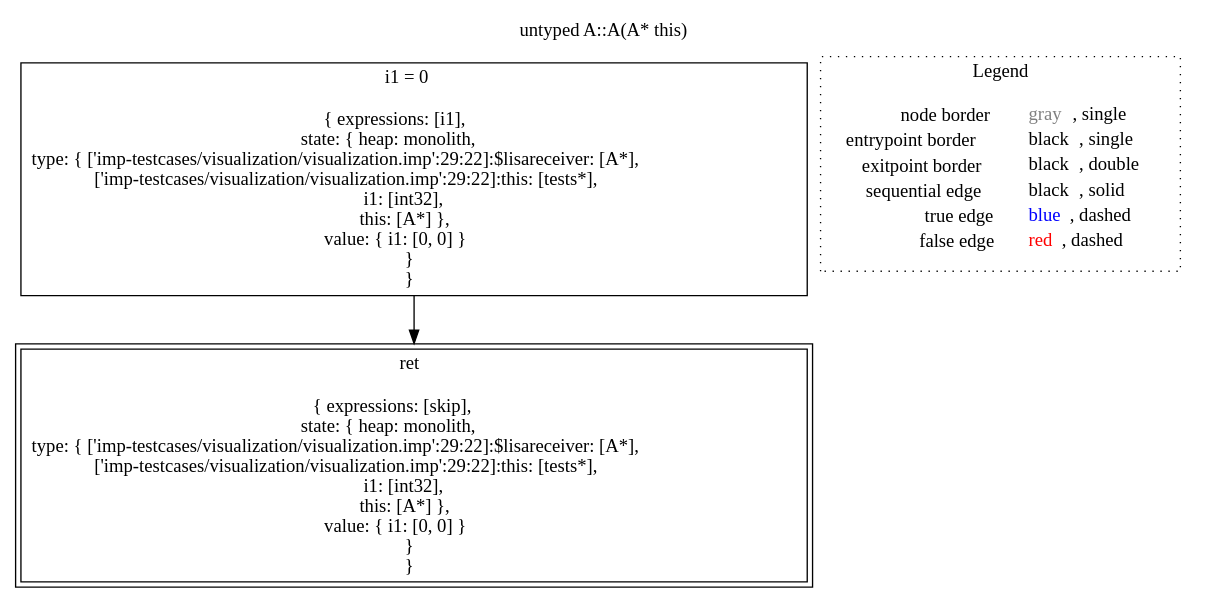
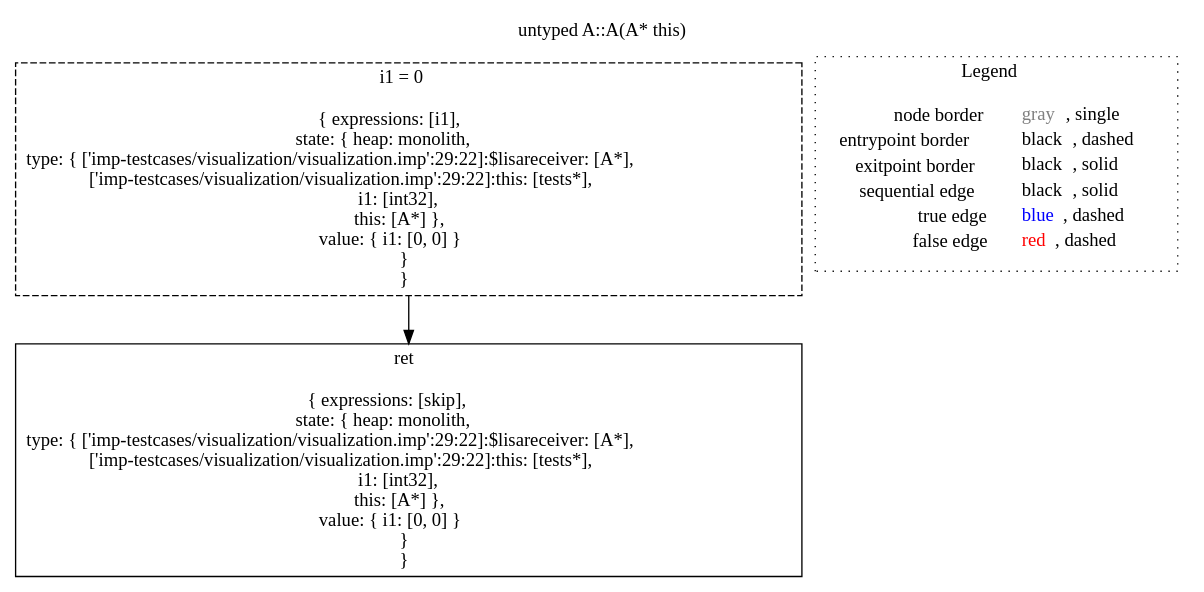
Before and after one commit to lisa-analyzer/lisa: the diagram in lisa/lisa-analyses/imp-testcases/visualization/dot/untyped_A.A(A__this)_-1778639473.dot, drawn with Graphviz. The commit also changed 60 other files, not shown here.

```diff
--- a/lisa/lisa-analyses/imp-testcases/visualization/dot/untyped_A.A(A__this)_-1778639473.dot
+++ b/lisa/lisa-analyses/imp-testcases/visualization/dot/untyped_A.A(A__this)_-1778639473.dot
@@ -1,14 +1,12 @@
-digraph {
-	labelloc="t";
-	label="untyped A::A(A* this)";
-	"node0" [shape="rect",color="black",label=<i1 = 0<BR/><BR/>{ expressions: [i1],<BR/>state: { heap: monolith,<BR/>type: { ['imp-testcases/visualization/visualization.imp':29:22]:$lisareceiver: [A*],<BR/>['imp-testcases/visualization/visualization.imp':29:22]:this: [tests*],<BR/>i1: [int32],<BR/>this: [A*] },<BR/>value: { i1: [0, 0] }<BR/> }<BR/> }<BR/>>];
-	"node3" [shape="rect",color="black",peripheries="2",label=<ret<BR/><BR/>{ expressions: [skip],<BR/>state: { heap: monolith,<BR/>type: { ['imp-testcases/visualization/visualization.imp':29:22]:$lisareceiver: [A*],<BR/>['imp-testcases/visualization/visualization.imp':29:22]:this: [tests*],<BR/>i1: [int32],<BR/>this: [A*] },<BR/>value: { i1: [0, 0] }<BR/> }<BR/> }<BR/>>];
-	"node0" -> "node3" [color="black"];
-subgraph cluster_legend {
-	label="Legend";
-	style=dotted;
-	node [shape=plaintext];
-	"legend" [label=<<table border="0" cellpadding="2" cellspacing="0" cellborder="0"><tr><td align="right">node border&nbsp;</td><td align="left"><font color="gray">gray</font>, single</td></tr><tr><td align="right">entrypoint border&nbsp;</td><td align="left"><font color="black">black</font>, single</td></tr><tr><td align="right">exitpoint border&nbsp;</td><td align="left"><font color="black">black</font>, double</td></tr><tr><td align="right">sequential edge&nbsp;</td><td align="left"><font color="black">black</font>, solid</td></tr><tr><td align="right">true edge&nbsp;</td><td align="left"><font color="blue">blue</font>, dashed</td></tr><tr><td align="right">false edge&nbsp;</td><td align="left"><font color="red">red</font>, dashed</td></tr></table>>];
+digraph "untyped A::A(A* this)" {
+edge ["dir"="forward"]
+graph ["label"="untyped A::A(A* this)","labelloc"="t"]
+"node0" ["label"=<i1 = 0<br/><br/>{ expressions: [i1],<br/>state: { heap: monolith,<br/>type: { ['imp-testcases/visualization/visualization.imp':29:22]:$lisareceiver: [A*],<br/>['imp-testcases/visualization/visualization.imp':29:22]:this: [tests*],<br/>i1: [int32],<br/>this: [A*] },<br/>value: { i1: [0, 0] }<br/> }<br/> }<br/>>,"shape"="rect","id"="node0","color"="black","style"="dashed"]
+"node3" ["label"=<ret<br/><br/>{ expressions: [skip],<br/>state: { heap: monolith,<br/>type: { ['imp-testcases/visualization/visualization.imp':29:22]:$lisareceiver: [A*],<br/>['imp-testcases/visualization/visualization.imp':29:22]:this: [tests*],<br/>i1: [int32],<br/>this: [A*] },<br/>value: { i1: [0, 0] }<br/> }<br/> }<br/>>,"shape"="rect","id"="node3","color"="black"]
+subgraph "cluster_legend" {
+edge ["dir"="none"]
+graph ["label"=<Legend>,"style"="dotted"]
+"legend" ["label"=<<table border="0" cellpadding="2" cellspacing="0" cellborder="0"><tr><td align="right">node border&nbsp;</td><td align="left"><font color="gray">gray</font>, single</td></tr><tr><td align="right">entrypoint border&nbsp;</td><td align="left"><font color="black">black</font>, dashed</td></tr><tr><td align="right">exitpoint border&nbsp;</td><td align="left"><font color="black">black</font>, solid</td></tr><tr><td align="right">sequential edge&nbsp;</td><td align="left"><font color="black">black</font>, solid</td></tr><tr><td align="right">true edge&nbsp;</td><td align="left"><font color="blue">blue</font>, dashed</td></tr><tr><td align="right">false edge&nbsp;</td><td align="left"><font color="red">red</font>, dashed</td></tr></table>>,"shape"="none"]
 }
-
+"node0" -> "node3" ["color"="black"]
 }
```
